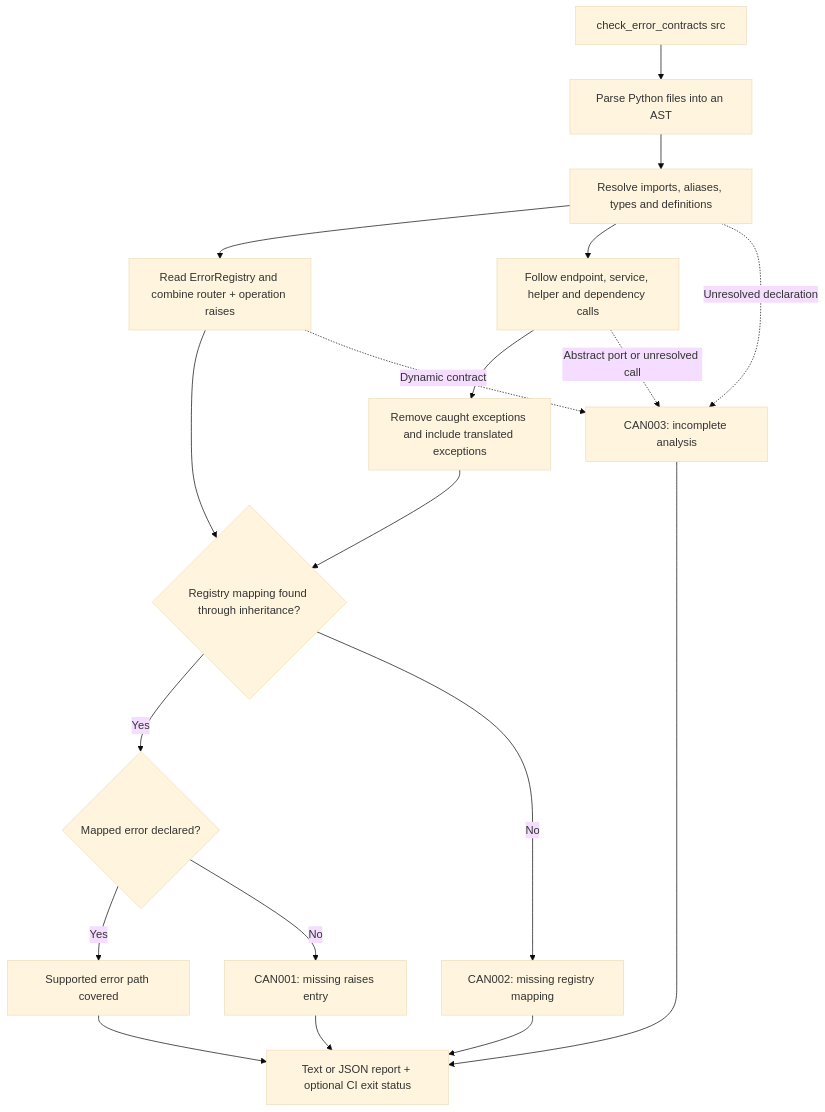
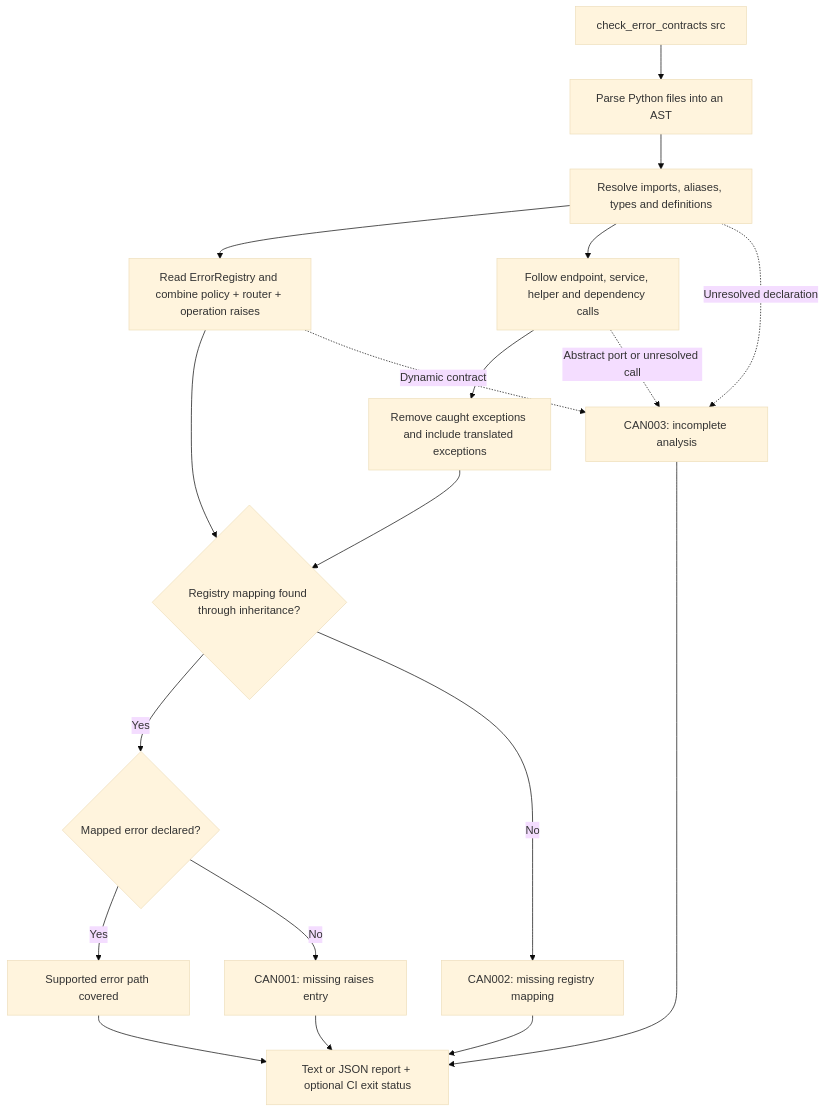
The diagram in packages/fastapi-canon/docs/error-checking.md (mathisarends/canon), drawn with Mermaid (base theme) before and after one commit. The commit also changed other lines of this file and 3 other files, not shown here.

````diff
--- a/packages/fastapi-canon/docs/error-checking.md
+++ b/packages/fastapi-canon/docs/error-checking.md
@@ -30,21 +30,21 @@
 ```mermaid
 flowchart TD
     CLI["check_error_contracts src"] --> AST["Parse Python files into an AST"]
     AST --> INDEX["Resolve imports, aliases, types and definitions"]
-    INDEX --> CONTRACT["Read ErrorRegistry and combine router + operation raises"]
+    INDEX --> CONTRACT["Read ErrorRegistry and combine policy + router + operation raises"]
     INDEX --> CALLS["Follow endpoint, service, helper and dependency calls"]
     CALLS --> HANDLING["Remove caught exceptions and include translated exceptions"]
     HANDLING --> MATCH{"Registry mapping found through inheritance?"}
     CONTRACT --> MATCH
     MATCH -->|Yes| COMPARE{"Mapped error declared?"}
     COMPARE -->|Yes| COVERED["Supported error path covered"]
     COMPARE -->|No| MISSING["CAN001: missing raises entry"]
     MATCH -->|No| UNMAPPED["CAN002: missing registry mapping"]
     INDEX -.->|Unresolved declaration| UNKNOWN["CAN003: incomplete analysis"]
     CONTRACT -.->|Dynamic contract| UNKNOWN
     CALLS -.->|Abstract port or unresolved call| UNKNOWN
     COVERED --> REPORT["Text or JSON report + optional CI exit status"]
     MISSING --> REPORT
     UNMAPPED --> REPORT
     UNKNOWN --> REPORT
 ```
````
